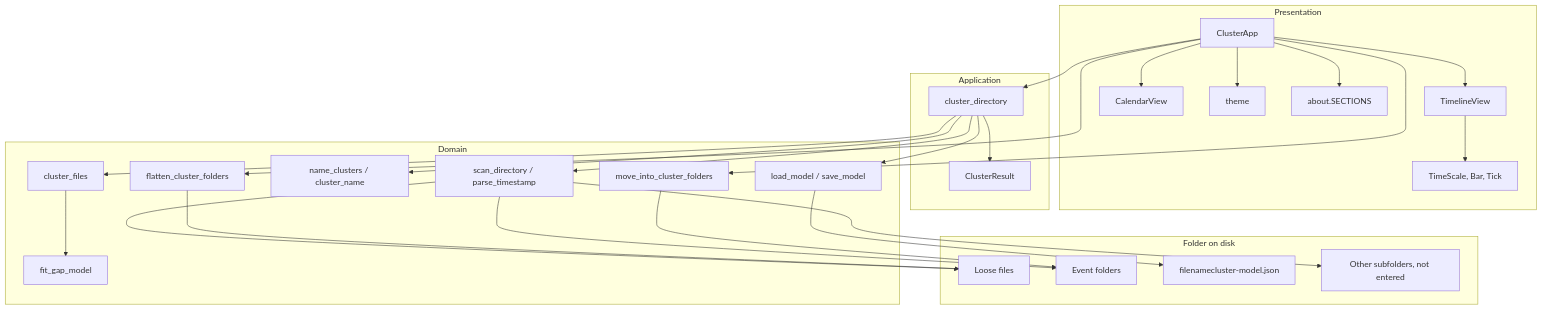
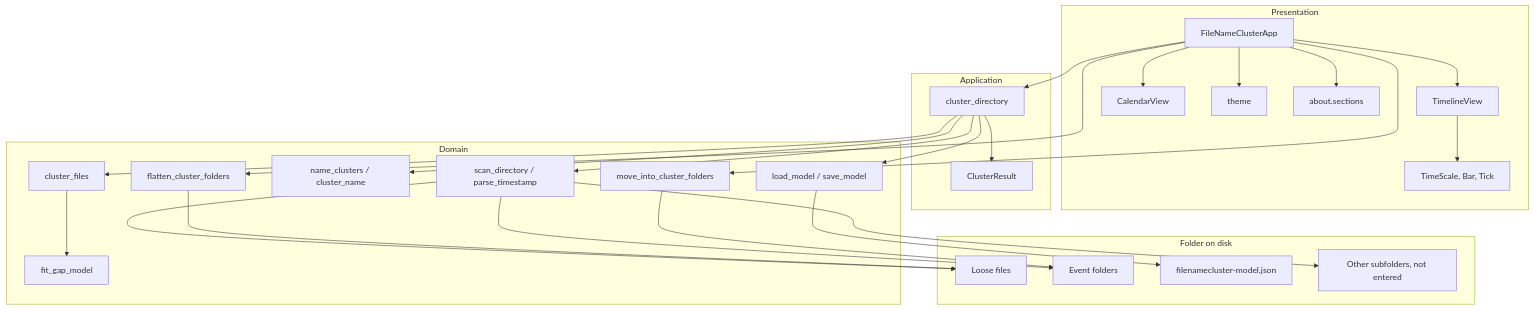
One commit to rvcgeeks/filenamecluster changed the second of 5 diagrams in docs/architecture.md. Above: the diagram before and after it, drawn with Mermaid. The commit also changed other lines of this file and 73 other files, not shown here.

````diff
--- a/docs/architecture.md
+++ b/docs/architecture.md
@@ -33,54 +33,54 @@
 ```mermaid
 flowchart TB
     subgraph presentation["Presentation"]
-        app["ClusterApp"]
+        app["FileNameClusterApp"]
         timeline["TimelineView"]
         calendar["CalendarView"]
         layout["TimeScale, Bar, Tick"]
         theme["theme"]
-        about["about.SECTIONS"]
+        about["about.sections"]
     end
 
     subgraph application["Application"]
         pipeline["cluster_directory"]
         result["ClusterResult"]
     end
 
     subgraph domain["Domain"]
         parse["scan_directory / parse_timestamp"]
         cluster["cluster_files"]
         learn["fit_gap_model"]
         names["name_clusters / cluster_name"]
         move["move_into_cluster_folders"]
         flatten["flatten_cluster_folders"]
         modelfile["load_model / save_model"]
     end
 
     subgraph storage["Folder on disk"]
         loose["Loose files"]
         events["Event folders"]
         json["filenamecluster-model.json"]
         other["Other subfolders, not entered"]
     end
 
     app --> timeline
     app --> calendar
     timeline --> layout
     app --> theme
     app --> about
     app --> pipeline
     app --> move
     app --> flatten
     pipeline --> result
     pipeline --> parse
     pipeline --> cluster
     pipeline --> names
     pipeline --> modelfile
     cluster --> learn
     parse --> loose
     parse --> events
     parse --> other
     modelfile --> json
     move --> events
     flatten --> loose
 ```
````
